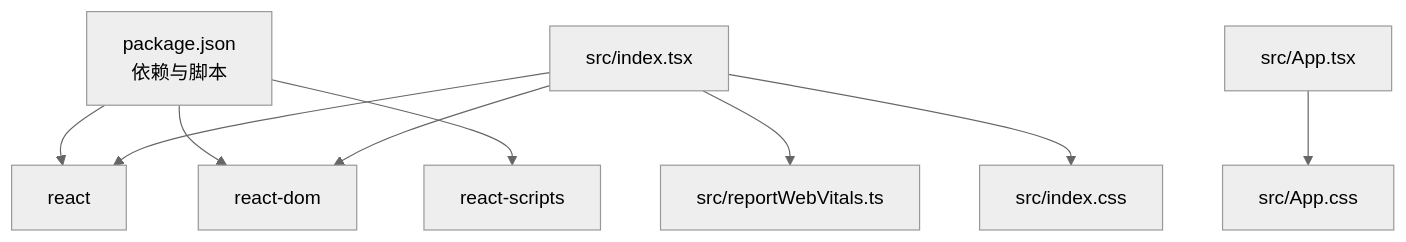
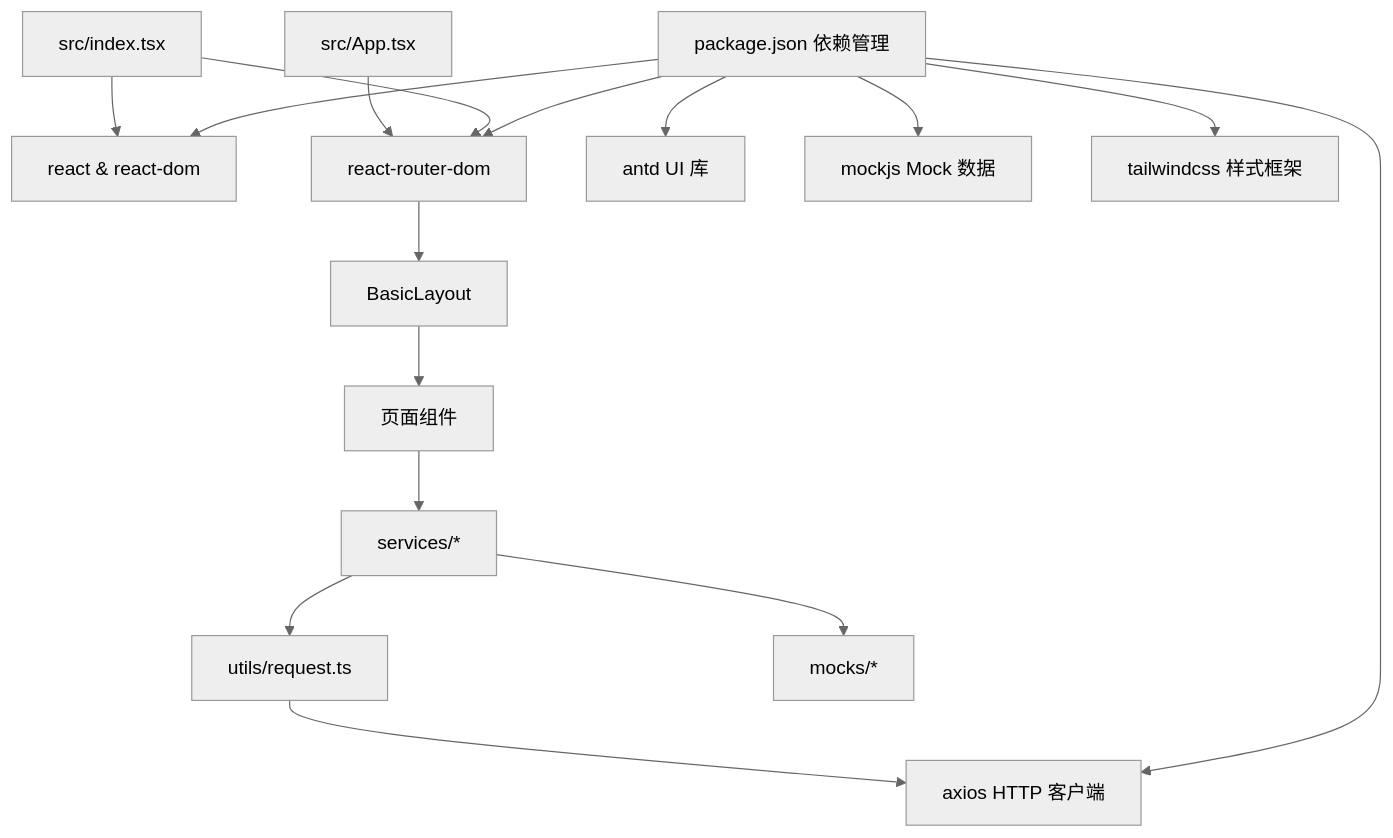
One commit to kkxxll/reactNext changed the seventh of 7 diagrams in .qoder/repowiki/zh/content/核心组件/核心组件.md. Above: the diagram before and after it, drawn with Mermaid (neutral theme). The commit also changed other lines of this file and 12 other files, not shown here.

````diff
--- a/.qoder/repowiki/zh/content/核心组件/核心组件.md
+++ b/.qoder/repowiki/zh/content/核心组件/核心组件.md
@@ -292,11 +323,18 @@
 ```mermaid
 graph TB
-Pkg["package.json<br/>依赖与脚本"] --> React["react"]
-Pkg --> ReactDOM["react-dom"]
-Pkg --> Scripts["react-scripts"]
+Package["package.json 依赖管理"] --> React["react & react-dom"]
+Package --> Router["react-router-dom"]
+Package --> Antd["antd UI 库"]
+Package --> Axios["axios HTTP 客户端"]
+Package --> MockJS["mockjs Mock 数据"]
+Package --> Tailwind["tailwindcss 样式框架"]
 Entry["src/index.tsx"] --> React
-Entry --> ReactDOM
-Entry --> Vitals["src/reportWebVitals.ts"]
-App["src/App.tsx"] --> Styles["src/App.css"]
-Entry --> GlobalCSS["src/index.css"]
+Entry --> Router
+App["src/App.tsx"] --> Router
+Router --> Layout["BasicLayout"]
+Layout --> Pages["页面组件"]
+Pages --> Services["services/*"]
+Services --> Utils["utils/request.ts"]
+Services --> Mocks["mocks/*"]
+Utils --> Axios
 ```
````
